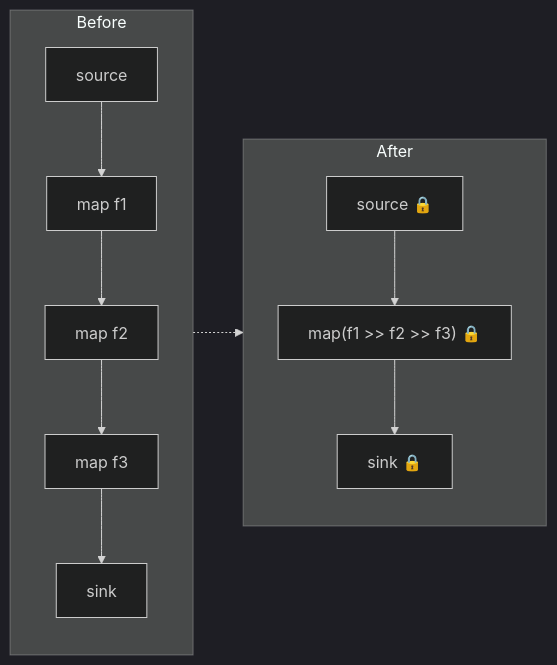
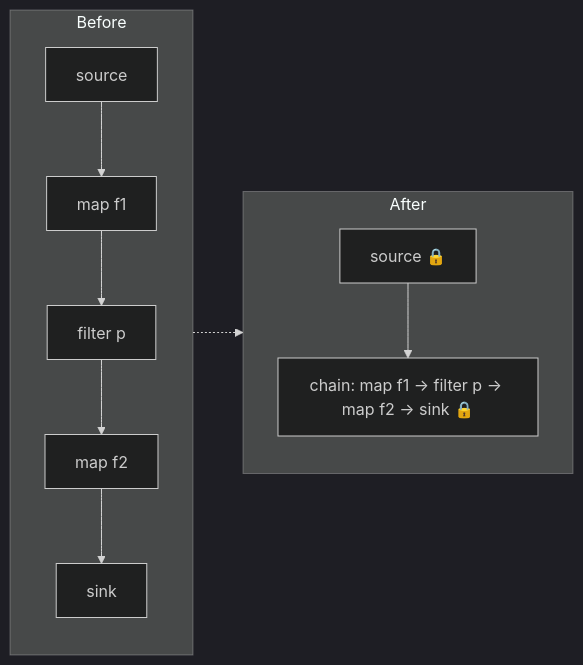
One commit to IsaacTay/akayu changed the second of 7 diagrams in docs/features/compile-optimizations.md. Above: the diagram before and after it, drawn with Mermaid (dark theme). The commit also changed other lines of this file and 19 other files, not shown here.

````diff
--- a/docs/features/compile-optimizations.md
+++ b/docs/features/compile-optimizations.md
@@ -73,14 +87,13 @@
 ```mermaid
 flowchart LR
     subgraph before [Before]
         A1[source]:::source --> B1[map f1]:::process
-        B1 --> C1[map f2]:::process
-        C1 --> D1[map f3]:::process
+        B1 --> C1[filter p]:::process
+        C1 --> D1[map f2]:::process
         D1 --> E1[sink]:::sink
     end
     subgraph after [After]
-        A2["source 🔒"]:::source --> B2["map(f1 >> f2 >> f3) 🔒"]:::process
-        B2 --> E2["sink 🔒"]:::sink
+        A2["source 🔒"]:::source --> B2["chain: map f1 → filter p → map f2 → sink 🔒"]:::process
     end
     before -.-> after
 ```
````
